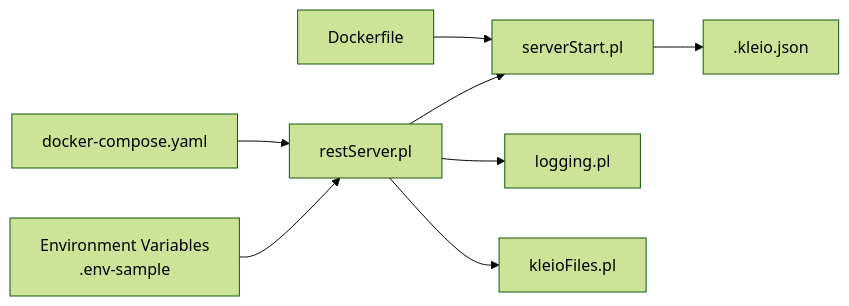
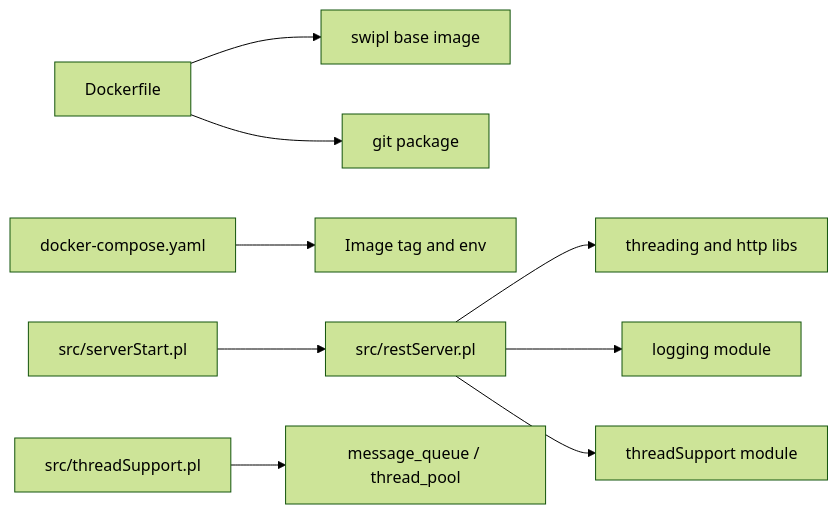
The third of 3 diagrams in .qoder/repowiki/en/content/Deployment and Operations.md (time-link/timelink-kleio), drawn with Mermaid (forest theme) before and after one commit. The commit also changed other lines of this file and 225 other files, not shown here.

````diff
--- a/.qoder/repowiki/en/content/Deployment and Operations.md
+++ b/.qoder/repowiki/en/content/Deployment and Operations.md
@@ -297,10 +241,11 @@
 ```mermaid
 graph LR
-ENV["Environment Variables<br/>.env-sample"] --> RS["restServer.pl"]
-RS --> SS["serverStart.pl"]
-RS --> LOG["logging.pl"]
-RS --> KF["kleioFiles.pl"]
-SS --> KJSON[".kleio.json"]
-DC["docker-compose.yaml"] --> RS
-IMG["Dockerfile"] --> SS
+A["Dockerfile"] --> B["swipl base image"]
+A --> C["git package"]
+D["docker-compose.yaml"] --> E["Image tag and env"]
+F["src/restServer.pl"] --> G["threading and http libs"]
+F --> H["logging module"]
+F --> I["threadSupport module"]
+J["src/serverStart.pl"] --> F
+K["src/threadSupport.pl"] --> L["message_queue / thread_pool"]
 ```
````
